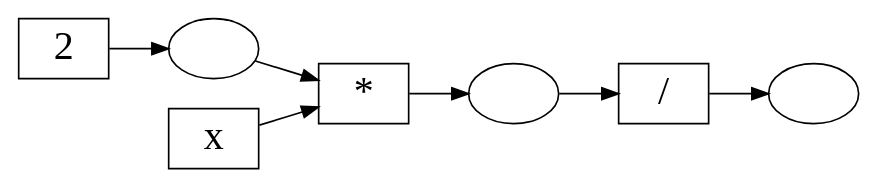
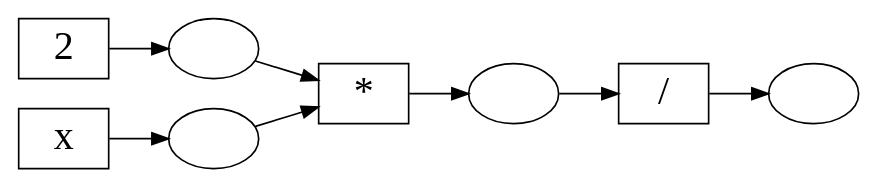
One commit to oatlog/oatlog changed the diagram in doc/figures/egraph_example1.dot. Above: the diagram before and after it, drawn with Graphviz. The commit also changed 3 other files, not shown here.

```diff
--- a/doc/figures/egraph_example1.dot
+++ b/doc/figures/egraph_example1.dot
@@ -1,21 +1,23 @@
 // (a + 2) * c
 digraph G {
     rankdir = "LR";
     fontsize="24"
     node [ fontsize="24"; shape=rect ]
 
     two [label="2"];
     ctwo [label="",shape=ellipse];
     x [label="x"];
+    cx [label="",shape=ellipse];
     x2 [label="*"];
     cx2 [label="",shape=ellipse];
     x2_div2 [label="/"];
     ctop [label="",shape=ellipse];
 
-    x -> x2;
+    x -> cx;
+    cx -> x2;
     two -> ctwo;
     ctwo -> x2;
     x2 -> cx2;
     cx2 -> x2_div2;
     x2_div2 -> ctop;
 }
```
